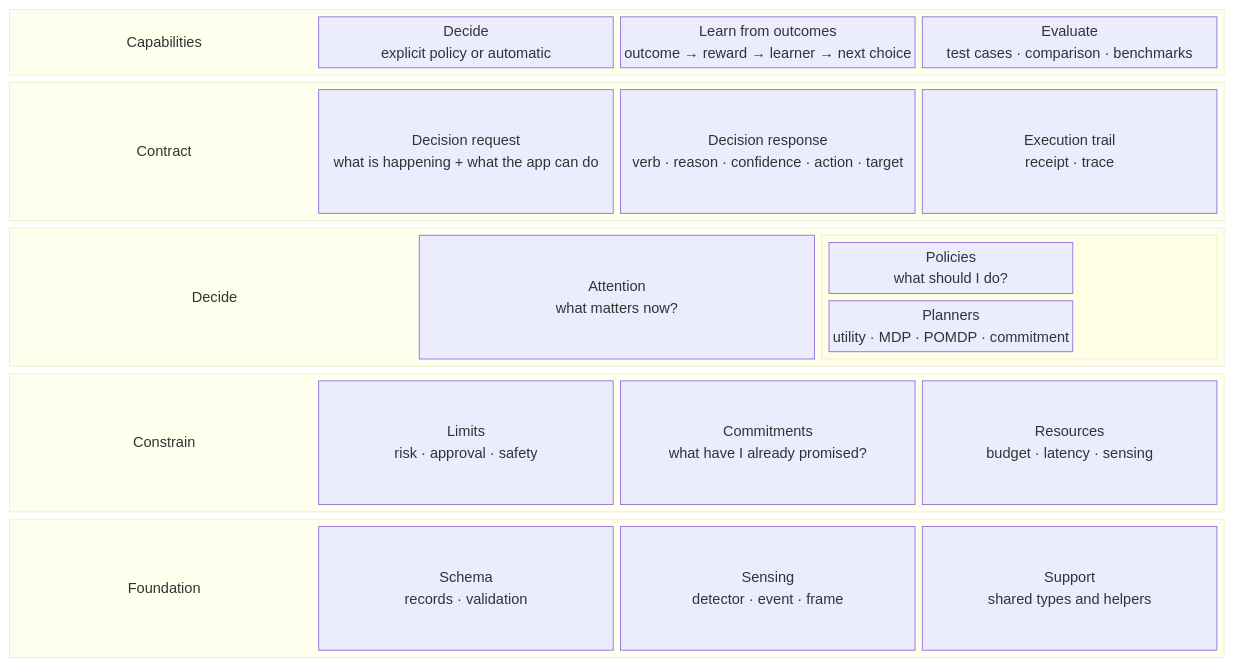
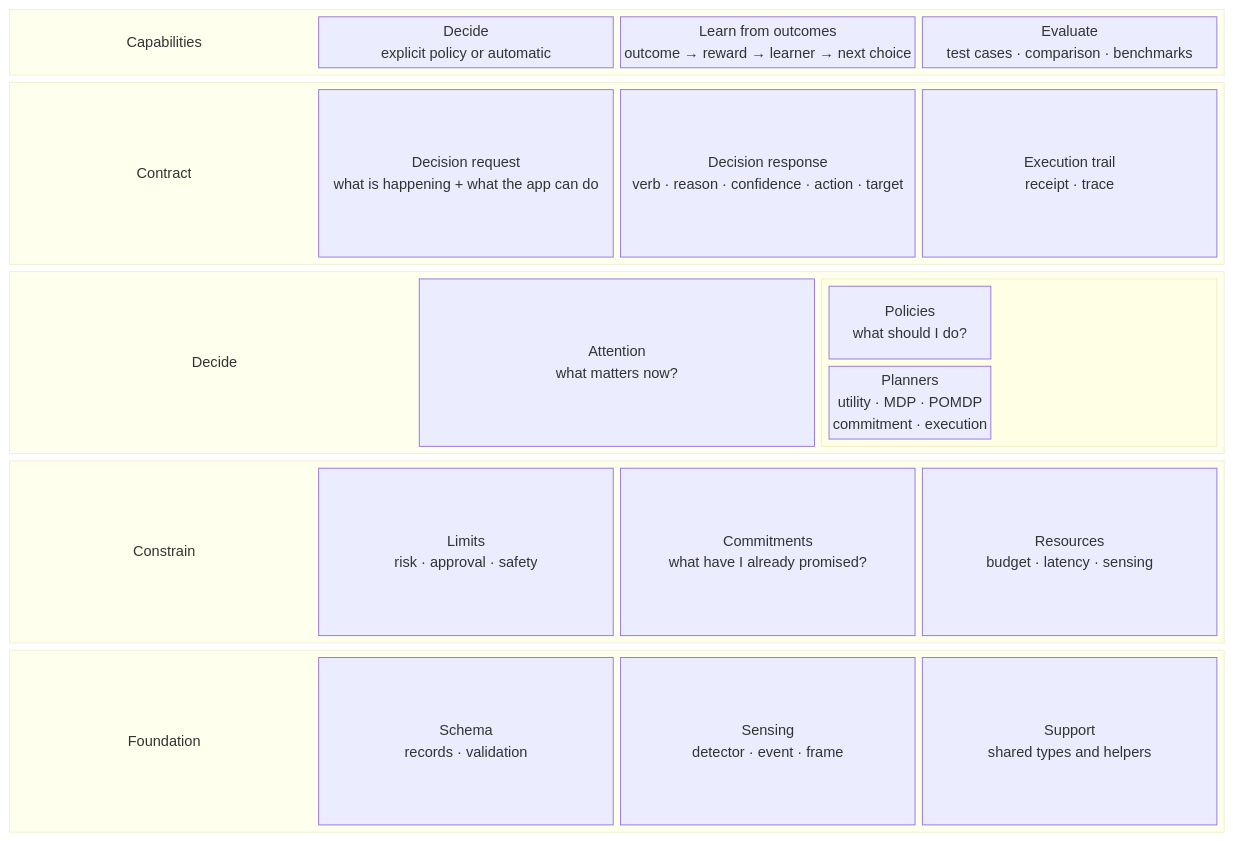
The diagram in docs/02-core/00-architecture.md (michaelatamuk/laix), drawn with Mermaid before and after one commit. The commit also changed other lines of this file and 17 other files, not shown here.

````diff
--- a/docs/02-core/00-architecture.md
+++ b/docs/02-core/00-architecture.md
@@ -6,53 +6,53 @@
 ```mermaid
 block-beta
     columns 1
 
     block:capabilities
         columns 4
         capabilities_label["Capabilities"]
         decide["Decide<br/>explicit policy or automatic"]
         learn["Learn from outcomes<br/>outcome → reward → learner → next choice"]
         evaluate["Evaluate<br/>test cases · comparison · benchmarks"]
     end
 
     block:contract
         columns 4
         contract_label["Contract"]
         request["Decision request<br/>what is happening + what the app can do"]
         response["Decision response<br/>verb · reason · confidence · action · target"]
         trail["Execution trail<br/>receipt · trace"]
     end
 
     block:decide_layer
         columns 3
         decide_layer_label["Decide"]
         attention["Attention<br/>what matters now?"]
         block:policy_group
             columns 1
             policies["Policies<br/>what should I do?"]
-            planners["Planners<br/>utility · MDP · POMDP · commitment"]
+            planners["Planners<br/>utility · MDP · POMDP<br/>commitment · execution"]
         end
     end
 
     block:constrain_layer
         columns 4
         constrain_layer_label["Constrain"]
         limits["Limits<br/>risk · approval · safety"]
         commitments["Commitments<br/>what have I already promised?"]
         resources["Resources<br/>budget · latency · sensing"]
     end
 
     block:foundation
         columns 4
         foundation_label["Foundation"]
         schema["Schema<br/>records · validation"]
         sensing["Sensing<br/>detector · event · frame"]
         support["Support<br/>shared types and helpers"]
     end
 
     style capabilities_label fill:transparent,stroke:transparent,font-size:22px,font-weight:bold
     style contract_label fill:transparent,stroke:transparent,font-size:14px,font-weight:bold
     style decide_layer_label fill:transparent,stroke:transparent,font-weight:bold
     style constrain_layer_label fill:transparent,stroke:transparent,font-weight:bold
     style foundation_label fill:transparent,stroke:transparent,font-weight:bold
 ```
````
